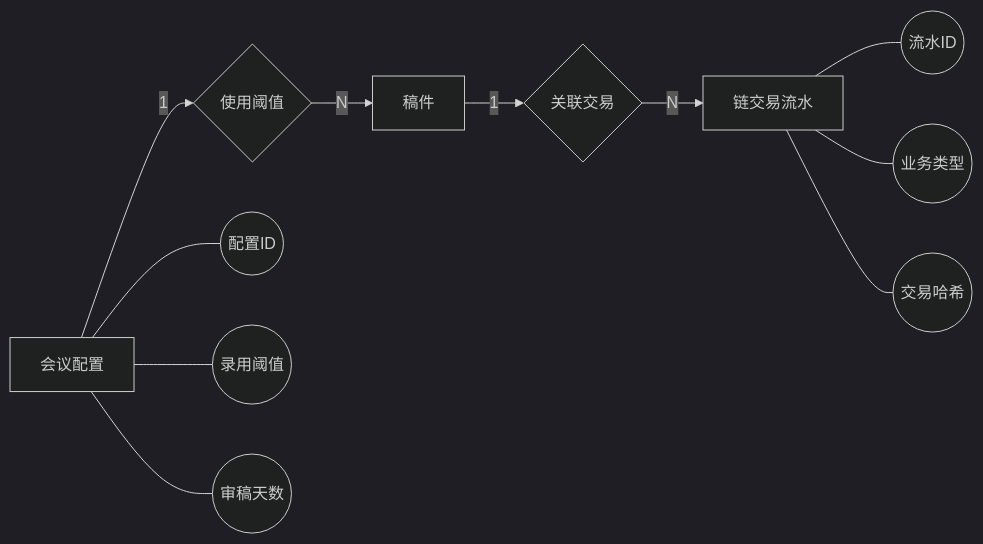
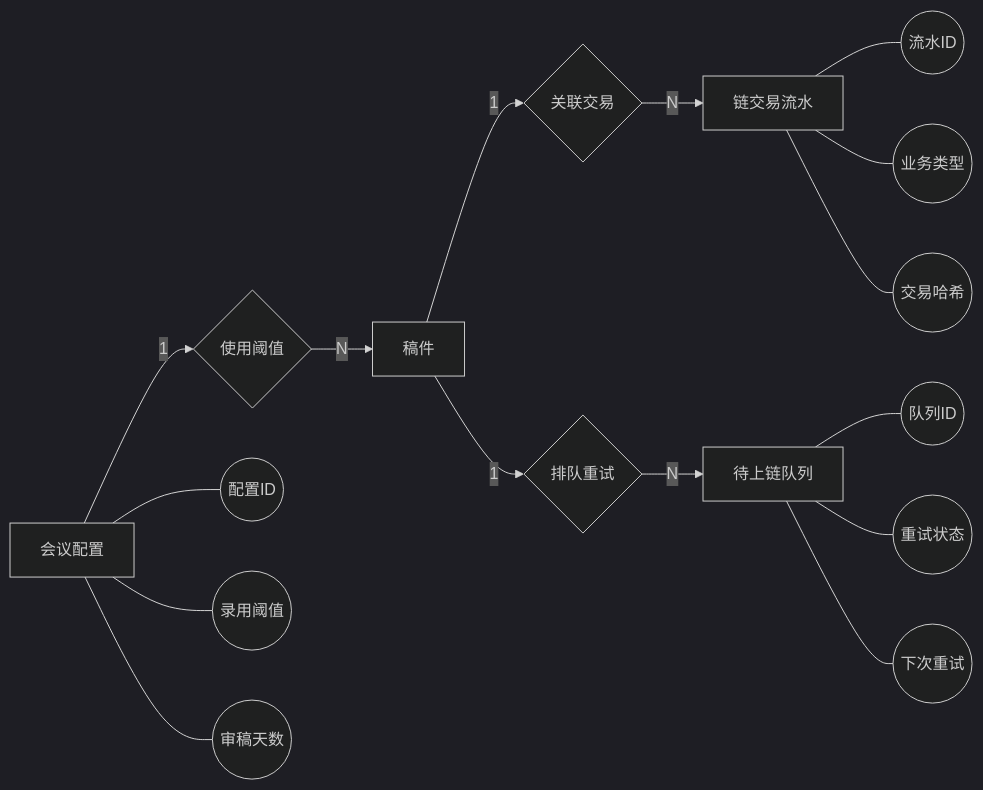
Diagram 20 of 20 in docs/数据库设计说明书.md (fs36/ConfChain), drawn with Mermaid (dark theme) before and after one commit. The commit also changed other lines of this file and 6 other files, not shown here.

````diff
--- a/docs/数据库设计说明书.md
+++ b/docs/数据库设计说明书.md
@@ -627,23 +692,32 @@
 ```mermaid
 flowchart LR
   P[稿件]
   CT[链交易流水]
   CC[会议配置]
+  PT[待上链队列]
 
   R6{关联交易}
   R7{使用阈值}
+  R8{排队重试}
 
   P -->|1| R6
   R6 -->|N| CT
 
   CC -->|1| R7
   R7 -->|N| P
+
+  P -->|1| R8
+  R8 -->|N| PT
 
   CT --- CT1((流水ID))
   CT --- CT2((业务类型))
   CT --- CT3((交易哈希))
 
   CC --- CC1((配置ID))
   CC --- CC2((录用阈值))
   CC --- CC3((审稿天数))
+
+  PT --- PT1((队列ID))
+  PT --- PT2((重试状态))
+  PT --- PT3((下次重试))
 ```
````
